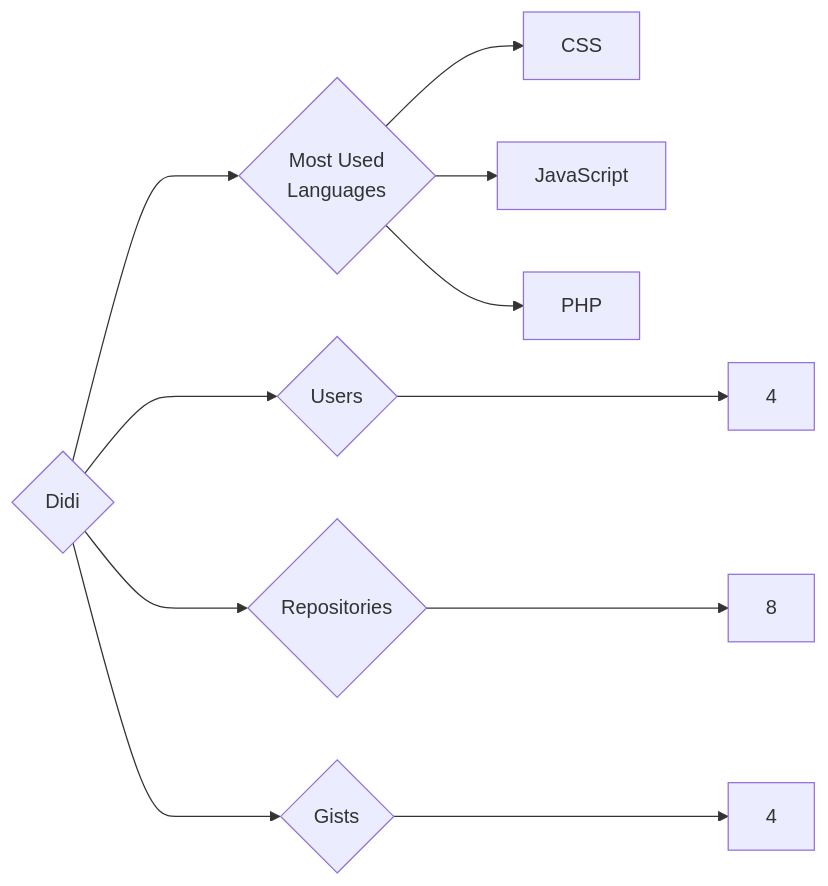
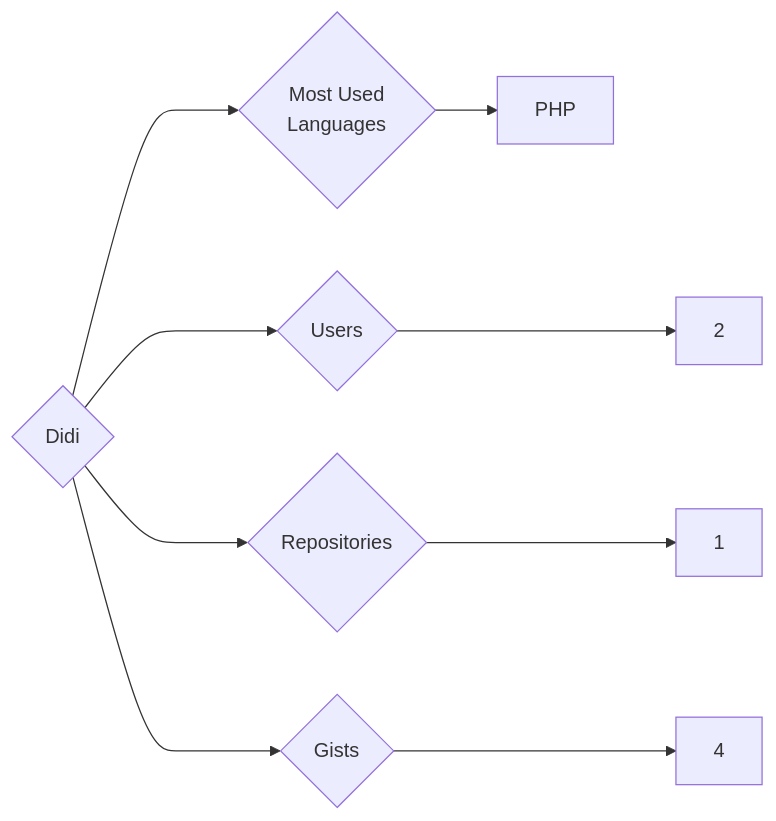
One commit to trickest/insiders changed the diagram in targets/Didi/README.md. Above: the diagram before and after it, drawn with Mermaid. The commit also changed 1141 other files, not shown here.

````diff
--- a/targets/Didi/README.md
+++ b/targets/Didi/README.md
@@ -3,11 +3,9 @@
 ```mermaid
 graph LR
 COMPANY_NAME{Didi}
-COMPANY_NAME ---> U{Users} ---> UN[4]
-COMPANY_NAME ---> R{Repositories} ---> RN[8]
+COMPANY_NAME ---> U{Users} ---> UN[2]
+COMPANY_NAME ---> R{Repositories} ---> RN[1]
 COMPANY_NAME ---> G{Gists} ---> GN[4]
 COMPANY_NAME ---> ML{Most Used<br>Languages}
-ML --> CSS[CSS]
-ML --> JavaScript[JavaScript]
 ML --> PHP[PHP]
 ```
````
